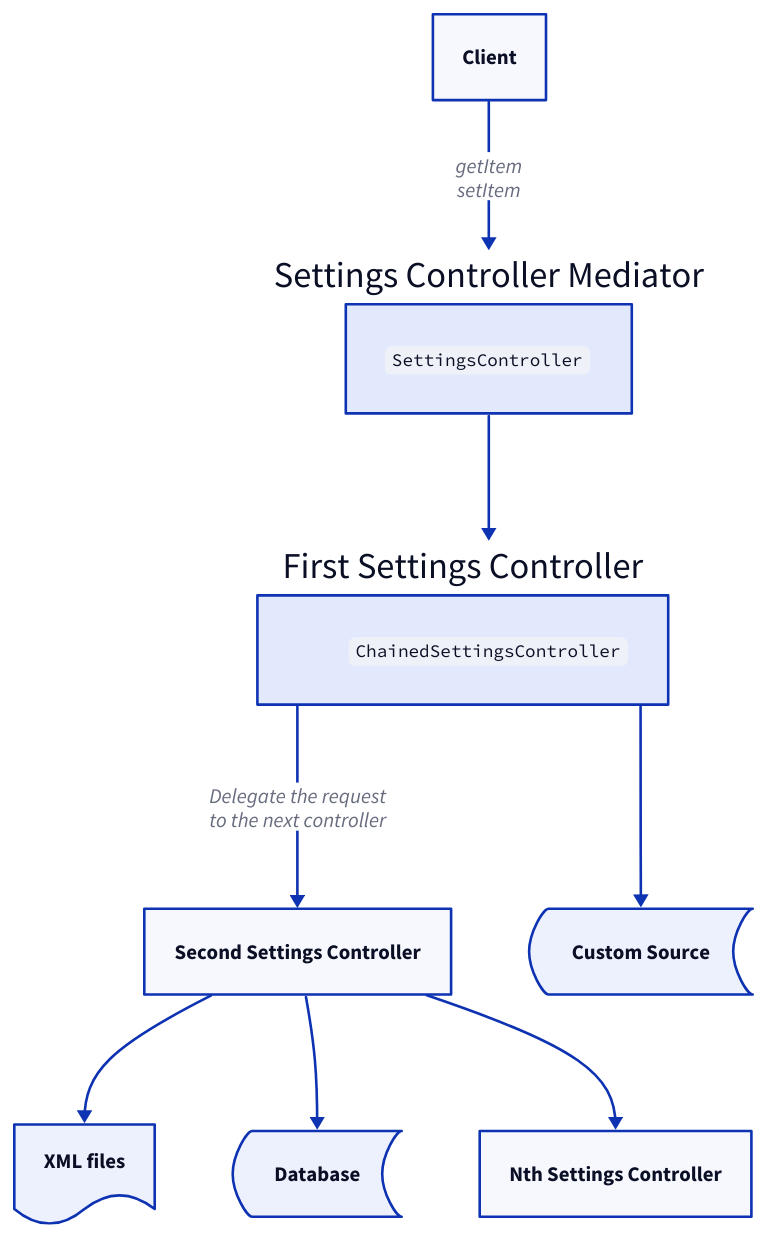
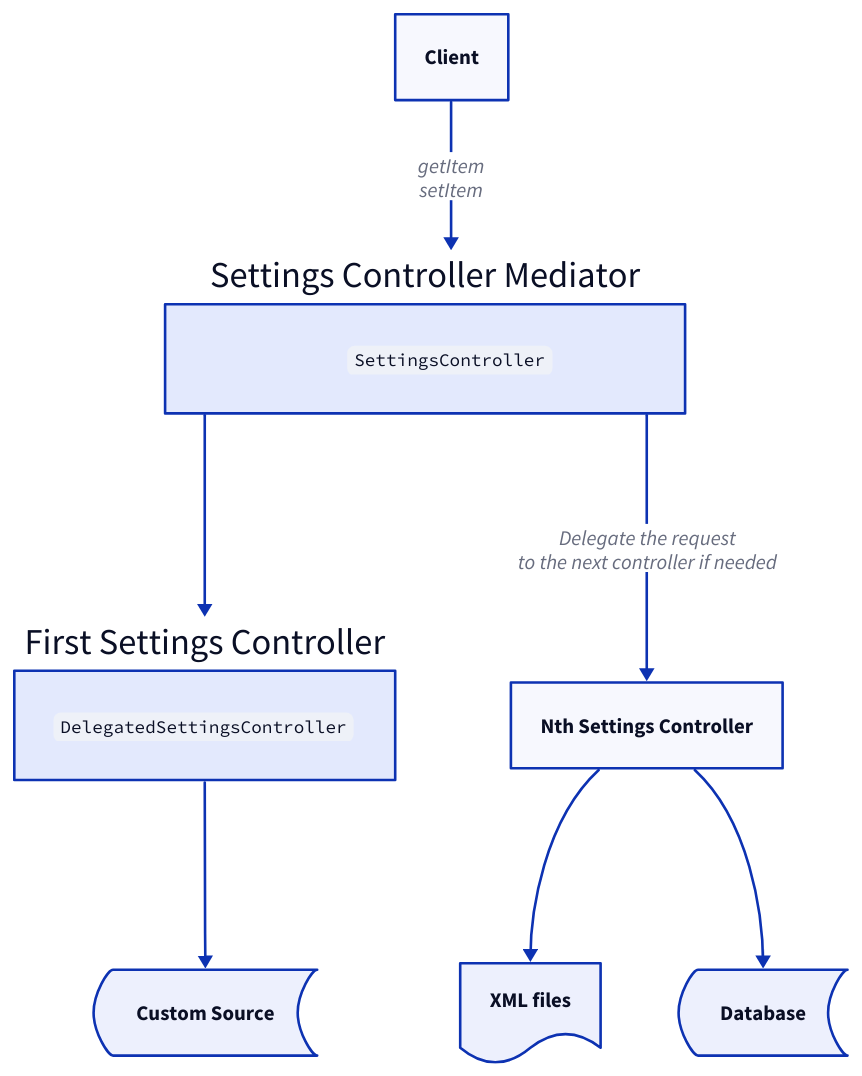
One commit to JetBrains/intellij-community changed the first of 2 diagrams in platform/settings/docs/topics/overview.md. Above: the diagram before and after it, drawn with D2. The commit also changed other lines of this file, not shown here.

Commit message:
reflect in docs that we don't use chain of controllers anymore

````diff
--- a/platform/settings/docs/topics/overview.md
+++ b/platform/settings/docs/topics/overview.md
@@ -7,33 +7,30 @@
 ```d2
 client: Client
 
 scm: Settings Controller Mediator {
   explanation: |md
   `SettingsController`
   |
 }
 firstSC: First Settings Controller {
   explanation: |md
-  `ChainedSettingsController`
+  `DelegatedSettingsController`
   |
 }
-secondSC: Second Settings Controller
-nSC: Nth Settings Controller
+secondSC: Nth Settings Controller
 
 xml: XML files {shape: document}
 Database: {shape: stored_data}
 
 custom: Custom Source {shape: stored_data}
 
 client -> scm: getItem\nsetItem
 
 scm -> firstSC
 
 firstSC -> custom
-firstSC -> secondSC: Delegate the request\nto the next controller
+scm -> secondSC: Delegate the request\nto the next controller if needed
 
 secondSC -> xml
 secondSC -> Database
-
-secondSC -> nSC
 ```
````
